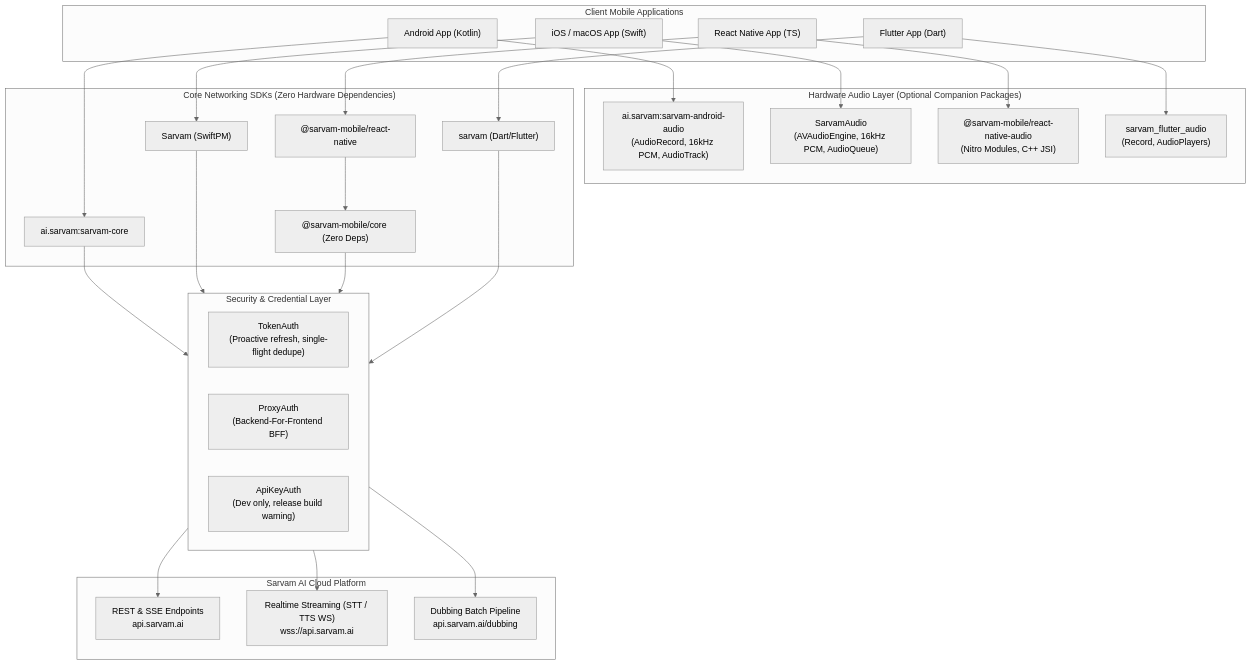
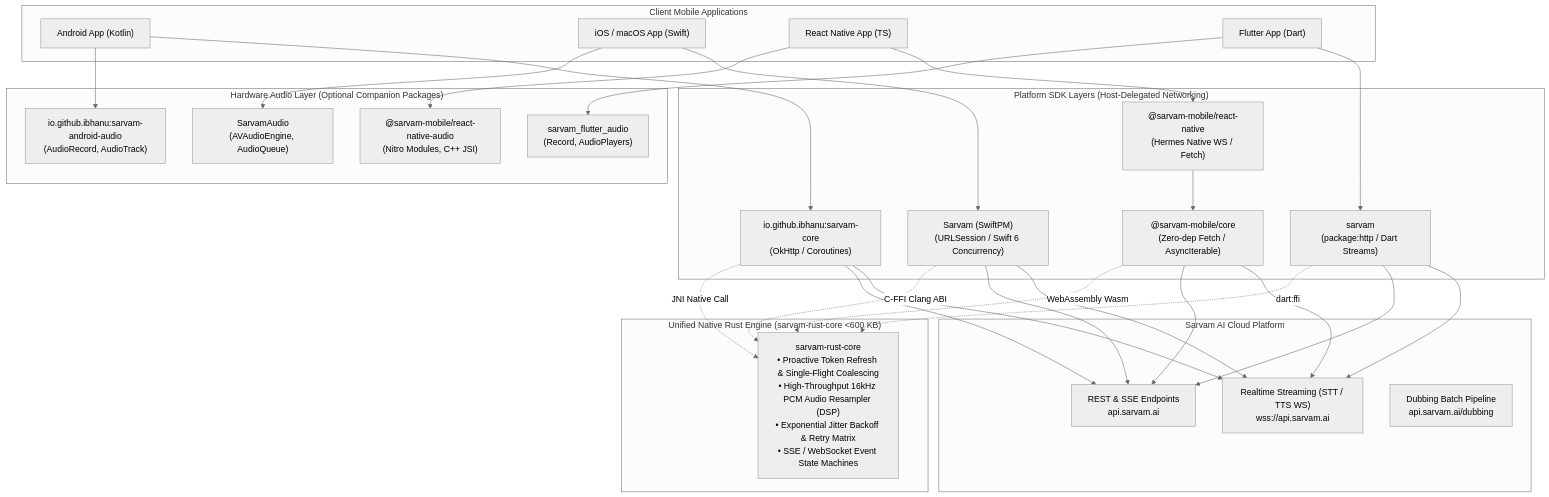
The diagram in README.md (ibhanu/sarvam-mobile), drawn with Mermaid (neutral theme) before and after one commit. The commit also changed other lines of this file and 44 other files, not shown here.

First line of the commit message:
feat(core): implement unified cross-platform Rust core engine and automated release pipeline

````diff
--- a/README.md
+++ b/README.md
@@ -31,55 +44,59 @@
 ```mermaid
 flowchart TD
     subgraph ClientApplications["Client Mobile Applications"]
         AppKotlin["Android App (Kotlin)"]
         AppSwift["iOS / macOS App (Swift)"]
         AppRN["React Native App (TS)"]
         AppFlutter["Flutter App (Dart)"]
     end
 
+    subgraph PlatformSDKs["Platform SDK Layers (Host-Delegated Networking)"]
+        CoreKotlin["io.github.ibhanu:sarvam-core<br/>(OkHttp / Coroutines)"]
+        CoreSwift["Sarvam (SwiftPM)<br/>(URLSession / Swift 6 Concurrency)"]
+        CoreRN["@sarvam-mobile/react-native<br/>(Hermes Native WS / Fetch)"]
+        CoreTS["@sarvam-mobile/core<br/>(Zero-dep Fetch / AsyncIterable)"]
+        CoreDart["sarvam<br/>(package:http / Dart Streams)"]
+    end
+
+    subgraph RustCore["Unified Native Rust Engine (sarvam-rust-core <600 KB)"]
+        SharedRust["sarvam-rust-core<br/>• Proactive Token Refresh & Single-Flight Coalescing<br/>• High-Throughput 16kHz PCM Audio Resampler (DSP)<br/>• Exponential Jitter Backoff & Retry Matrix<br/>• SSE / WebSocket Event State Machines"]
+    end
+
     subgraph CompanionAudio["Hardware Audio Layer (Optional Companion Packages)"]
-        AudioKotlin["ai.sarvam:sarvam-android-audio<br/>(AudioRecord, 16kHz PCM, AudioTrack)"]
-        AudioSwift["SarvamAudio<br/>(AVAudioEngine, 16kHz PCM, AudioQueue)"]
+        AudioKotlin["io.github.ibhanu:sarvam-android-audio<br/>(AudioRecord, AudioTrack)"]
+        AudioSwift["SarvamAudio<br/>(AVAudioEngine, AudioQueue)"]
         AudioRN["@sarvam-mobile/react-native-audio<br/>(Nitro Modules, C++ JSI)"]
         AudioFlutter["sarvam_flutter_audio<br/>(Record, AudioPlayers)"]
-    end
-
-    subgraph CoreLayer["Core Networking SDKs (Zero Hardware Dependencies)"]
-        CoreKotlin["ai.sarvam:sarvam-core"]
-        CoreSwift["Sarvam (SwiftPM)"]
-        CoreRN["@sarvam-mobile/react-native"]
-        CoreTS["@sarvam-mobile/core (Zero Deps)"]
-        CoreDart["sarvam (Dart/Flutter)"]
-    end
-
-    subgraph AuthSecurity["Security & Credential Layer"]
-        TokenAuth["TokenAuth<br/>(Proactive refresh, single-flight dedupe)"]
-        ProxyAuth["ProxyAuth<br/>(Backend-For-Frontend BFF)"]
-        ApiKeyAuth["ApiKeyAuth<br/>(Dev only, release build warning)"]
     end
 
     subgraph SarvamBackend["Sarvam AI Cloud Platform"]
         ApiBase["REST & SSE Endpoints<br/>api.sarvam.ai"]
         WsBase["Realtime Streaming (STT / TTS WS)<br/>wss://api.sarvam.ai"]
         DubbingBase["Dubbing Batch Pipeline<br/>api.sarvam.ai/dubbing"]
     end
 
     AppKotlin --> AudioKotlin
     AppKotlin --> CoreKotlin
     AppSwift --> AudioSwift
     AppSwift --> CoreSwift
     AppRN --> AudioRN
     AppRN --> CoreRN
     AppFlutter --> AudioFlutter
     AppFlutter --> CoreDart
 
     CoreRN --> CoreTS
-    CoreKotlin --> AuthSecurity
-    CoreSwift --> AuthSecurity
-    CoreTS --> AuthSecurity
-    CoreDart --> AuthSecurity
 
-    AuthSecurity --> ApiBase
-    AuthSecurity --> WsBase
-    AuthSecurity --> DubbingBase
+    CoreKotlin -.->|JNI Native Call| SharedRust
+    CoreSwift -.->|C-FFI Clang ABI| SharedRust
+    CoreDart -.->|dart:ffi| SharedRust
+    CoreTS -.->|WebAssembly Wasm| SharedRust
+
+    CoreKotlin --> ApiBase
+    CoreKotlin --> WsBase
+    CoreSwift --> ApiBase
+    CoreSwift --> WsBase
+    CoreTS --> ApiBase
+    CoreTS --> WsBase
+    CoreDart --> ApiBase
+    CoreDart --> WsBase
 ```
````
